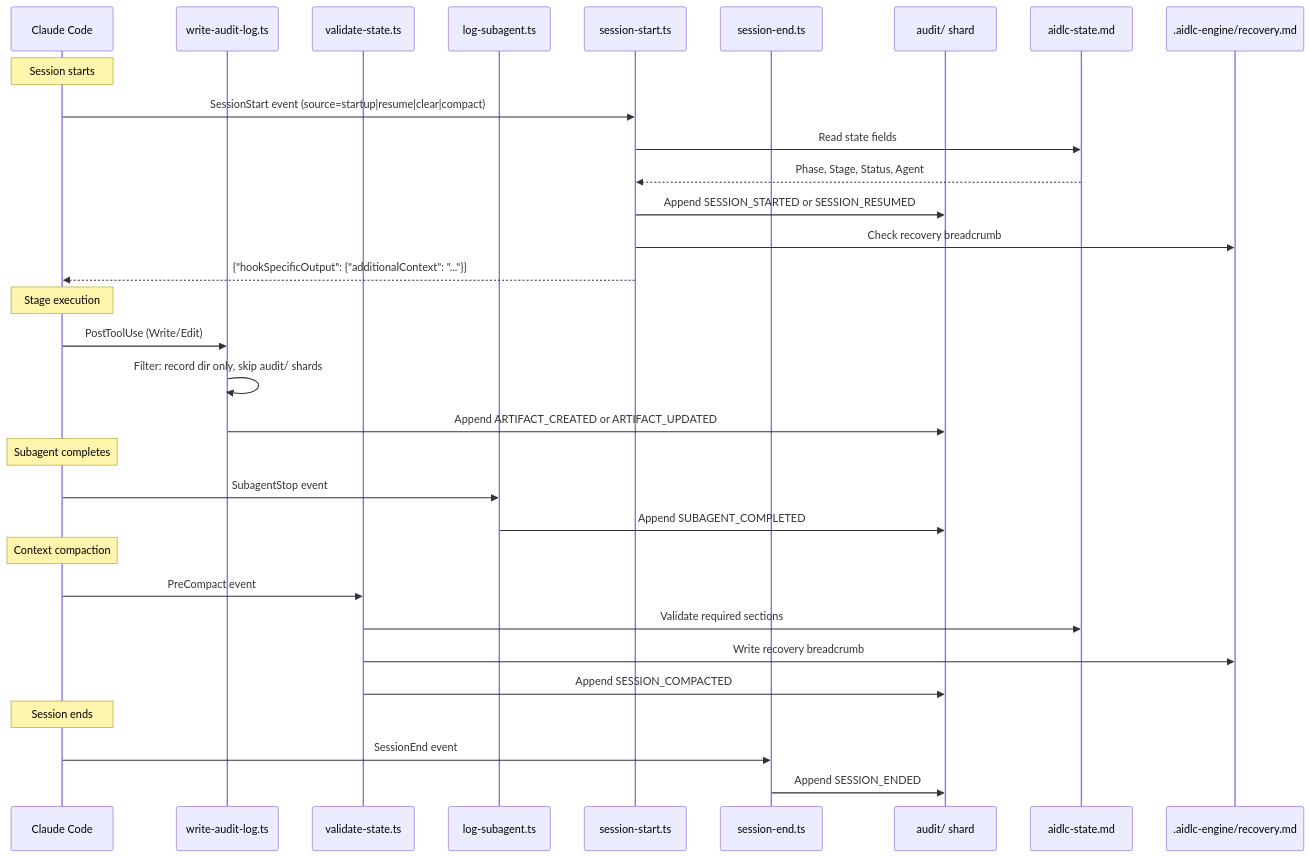
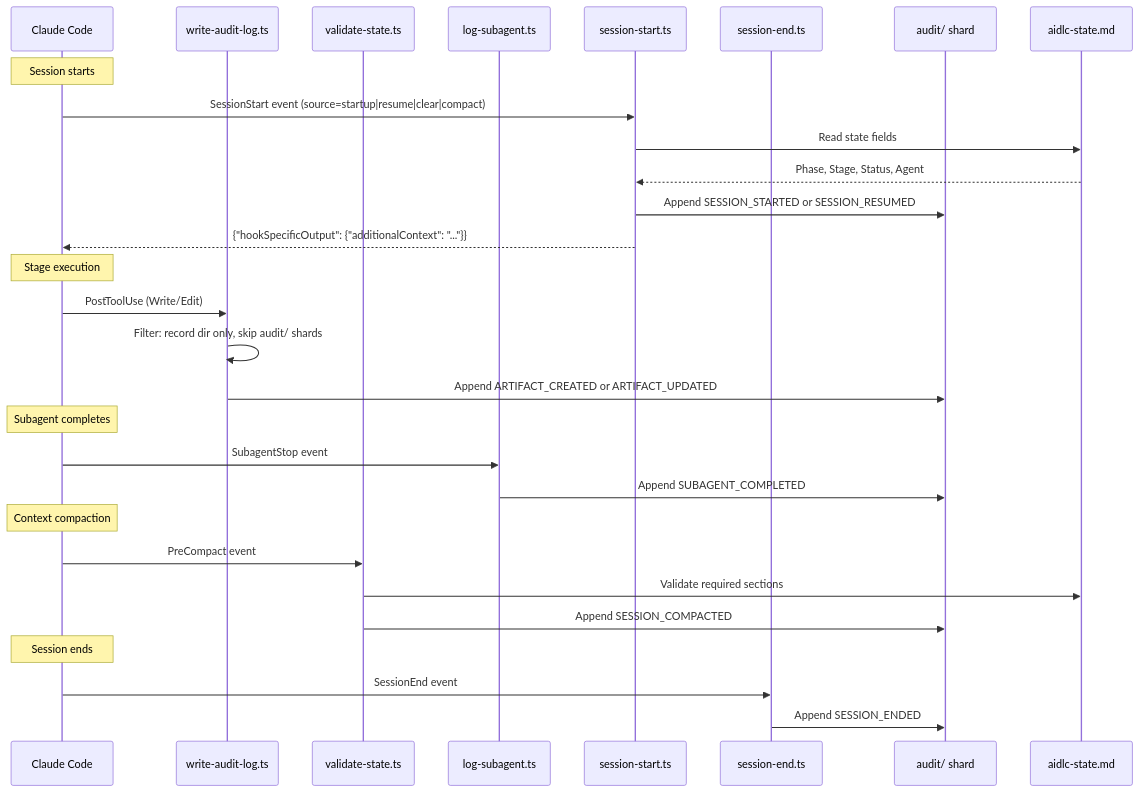
One commit to awslabs/aidlc-workflows changed the diagram in docs/reference/06-hooks-and-tools.md. Above: the diagram before and after it, drawn with Mermaid. The commit also changed other lines of this file and 23 other files, not shown here.

````diff
--- a/docs/reference/06-hooks-and-tools.md
+++ b/docs/reference/06-hooks-and-tools.md
@@ -875,39 +875,36 @@
 ```mermaid
 sequenceDiagram
     participant CC as Claude Code
     participant AL as write-audit-log.ts
     participant VS as validate-state.ts
     participant LS as log-subagent.ts
     participant SS as session-start.ts
     participant SE as session-end.ts
     participant AF as audit/ shard
     participant SF as aidlc-state.md
-    participant RF as .aidlc-engine/recovery.md
 
     Note over CC: Session starts
     CC->>SS: SessionStart event (source=startup|resume|clear|compact)
     SS->>SF: Read state fields
     SF-->>SS: Phase, Stage, Status, Agent
     SS->>AF: Append SESSION_STARTED or SESSION_RESUMED
-    SS->>RF: Check recovery breadcrumb
     SS-->>CC: {"hookSpecificOutput": {"additionalContext": "..."}}
 
     Note over CC: Stage execution
     CC->>AL: PostToolUse (Write/Edit)
     AL->>AL: Filter: record dir only, skip audit/ shards
     AL->>AF: Append ARTIFACT_CREATED or ARTIFACT_UPDATED
 
     Note over CC: Subagent completes
     CC->>LS: SubagentStop event
     LS->>AF: Append SUBAGENT_COMPLETED
 
     Note over CC: Context compaction
     CC->>VS: PreCompact event
     VS->>SF: Validate required sections
-    VS->>RF: Write recovery breadcrumb
     VS->>AF: Append SESSION_COMPACTED
 
     Note over CC: Session ends
     CC->>SE: SessionEnd event
     SE->>AF: Append SESSION_ENDED
 ```
````
